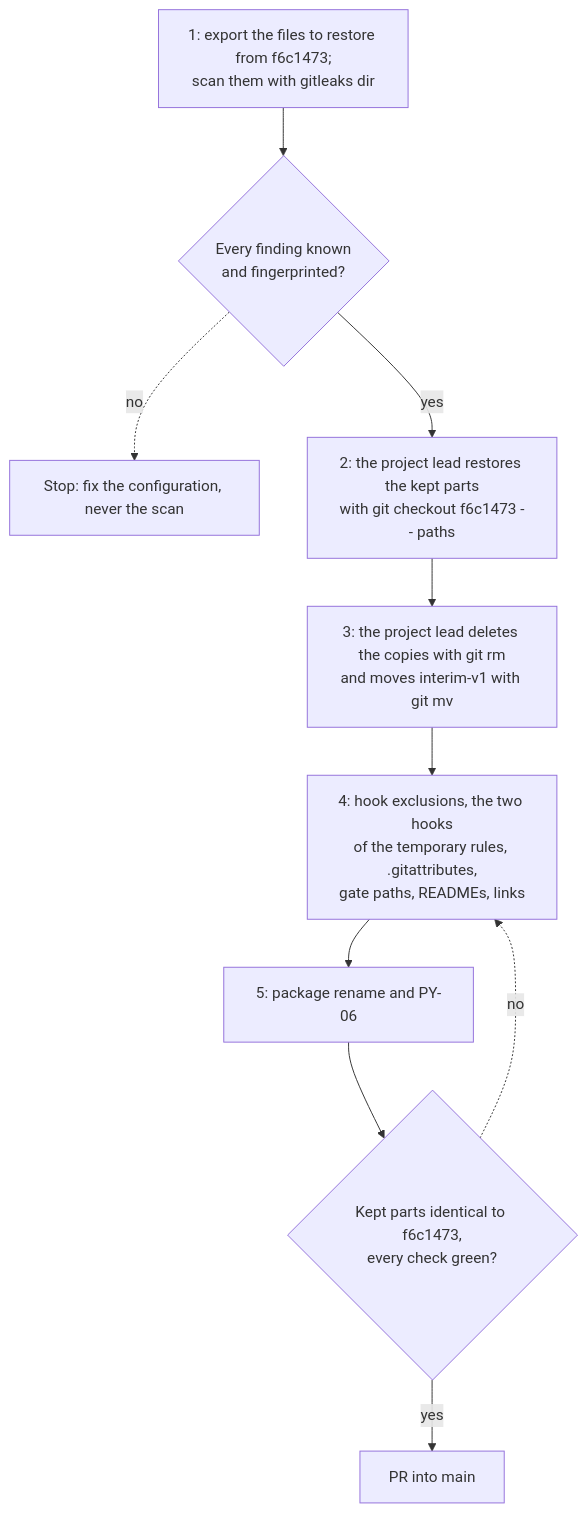
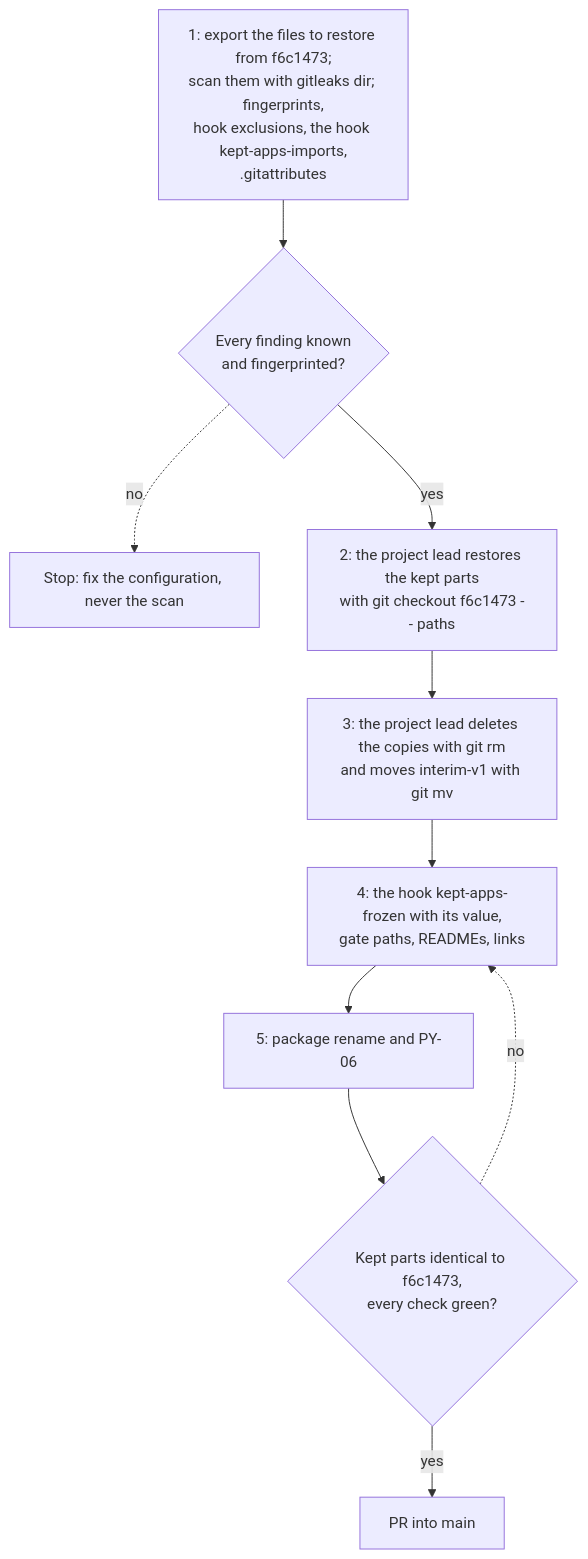
The second of 2 diagrams in docs/decisions/0028-repository-layout-for-the-pull-request-into-main.md (ml-system-design-nhom-5/SupportIQ), drawn with Mermaid before and after one commit. The commit also changed other lines of this file and 4 other files, not shown here.

````diff
--- a/docs/decisions/0028-repository-layout-for-the-pull-request-into-main.md
+++ b/docs/decisions/0028-repository-layout-for-the-pull-request-into-main.md
@@ -324,12 +324,12 @@
 ```mermaid
 flowchart TD
-    S1["1: export the files to restore from f6c1473;<br/>scan them with gitleaks dir"] --> C1{"Every finding known<br/>and fingerprinted?"}
+    S1["1: export the files to restore from f6c1473;<br/>scan them with gitleaks dir; fingerprints,<br/>hook exclusions, the hook kept-apps-imports,<br/>.gitattributes"] --> C1{"Every finding known<br/>and fingerprinted?"}
     C1 -.->|"no"| STOP["Stop: fix the configuration, never the scan"]
     C1 -->|"yes"| S2["2: the project lead restores the kept parts<br/>with git checkout f6c1473 -- paths"]
     S2 --> S3["3: the project lead deletes the copies with git rm<br/>and moves interim-v1 with git mv"]
-    S3 --> S4["4: hook exclusions, the two hooks<br/>of the temporary rules, .gitattributes,<br/>gate paths, READMEs, links"]
+    S3 --> S4["4: the hook kept-apps-frozen with its value,<br/>gate paths, READMEs, links"]
     S4 --> S5["5: package rename and PY-06"]
     S5 --> CHK{"Kept parts identical to f6c1473,<br/>every check green?"}
     CHK -.->|"no"| S4
     CHK -->|"yes"| PR["PR into main"]
 ```
````
